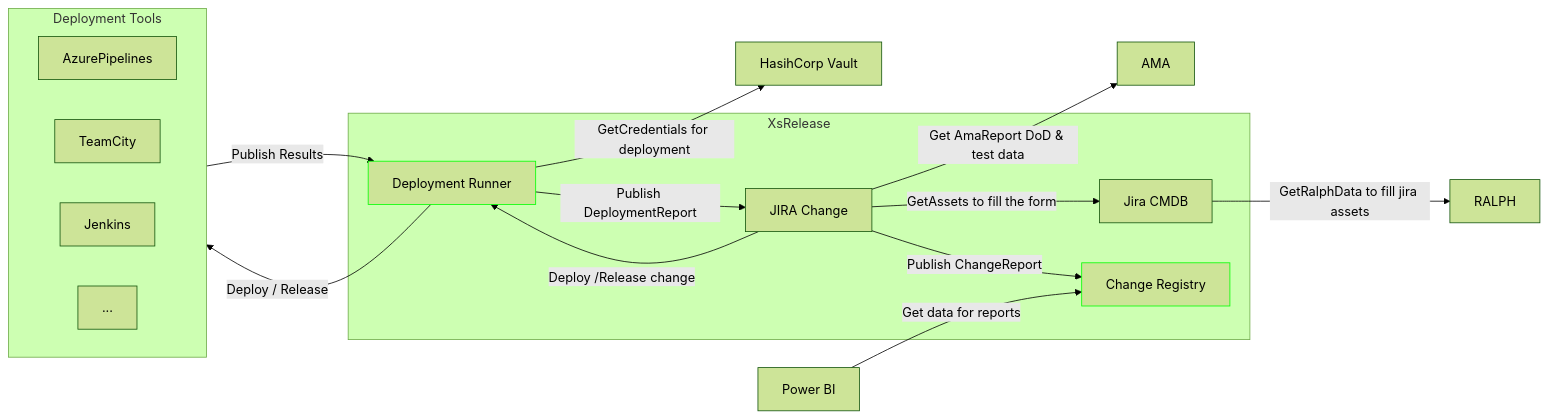
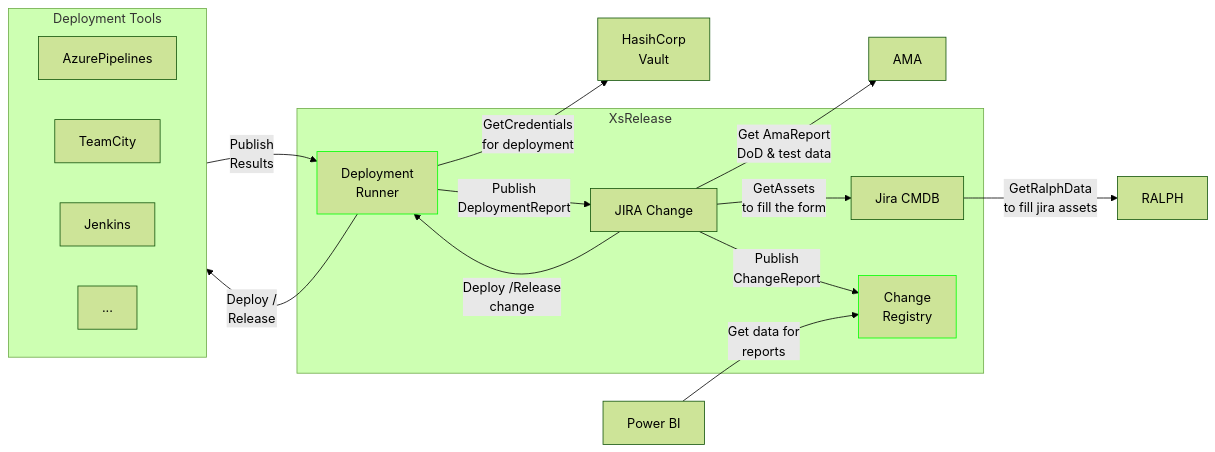
Before and after one commit to srmibextesting/mibex-testing-repo: the diagram in README.md, drawn with Mermaid (forest theme).

````diff
--- a/README.md
+++ b/README.md
@@ -1,43 +1,43 @@
 ```mermaid
 flowchart LR
 
 %% participants
 %% na tę chwilę AMA nie daje nam tego czego chcemy więc nie uwzględniamy jej w MVP
 subgraph xsrelease[XsRelease]
     jira[JIRA Change]
     cmdb[Jira CMDB]
-    DeplRunner[Deployment Runner]:::api
-    ChangeRegistry[Change Registry]:::api
+    DeplRunner[Deployment<br/>Runner]:::api
+    ChangeRegistry[Change<br/>Registry]:::api
 end
 ama[AMA]
 ralph[RALPH]
-vault[HasihCorp Vault]
+vault[HasihCorp<br/>Vault]
 powerbi[Power BI]
 subgraph deptools[Deployment Tools]
     direction RL
     AzurePipelines
     TeamCity
     Jenkins
     ...
 end
 
 %% interactions
 %% TODO: wyjaśnić jak odbywa się komunikacja ama <-> jira i póki co amy nie zmieniamy. nie robimy endpointa dla amy w change registry na tę chwilę
-jira -->|Get AmaReport DoD & test data| ama 
-jira -->|GetAssets to fill the form| cmdb
-cmdb -->|GetRalphData to fill jira assets| ralph
-jira -->|Deploy /Release change| DeplRunner
-DeplRunner -->|GetCredentials for deployment| vault
-DeplRunner -->|Deploy / Release| deptools
-deptools -->|Publish Results| DeplRunner
-DeplRunner -->|Publish DeploymentReport| jira
+jira -->|Get AmaReport<br/>DoD & test data| ama 
+jira -->|GetAssets<br/>to fill the form| cmdb
+cmdb -->|GetRalphData<br/>to fill jira assets| ralph
+jira -->|Deploy /Release<br/>change| DeplRunner
+DeplRunner -->|GetCredentials<br/>for deployment| vault
+DeplRunner -->|Deploy /<br/>Release| deptools
+deptools -->|Publish<br/>Results| DeplRunner
+DeplRunner -->|Publish<br/>DeploymentReport| jira
 %% publish report for both new chage process or external (custom change processes)
-jira -->|Publish ChangeReport| ChangeRegistry
-powerbi -->|Get data for reports| ChangeRegistry
+jira -->|Publish<br/>ChangeReport| ChangeRegistry
+powerbi -->|Get  data for<br/>reports| ChangeRegistry
 %%ama -->|Collect data| ci[CI Tools]
 %%ama -->|Collect data| QG[Quality Gate]
 %% dsiaptcher w dep tools czy screlease?
 
 %% styling
-classDef api stroke:#0f0
+ classDef api stroke:#0f0
 ```
````
